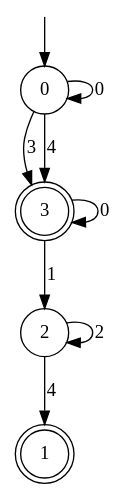
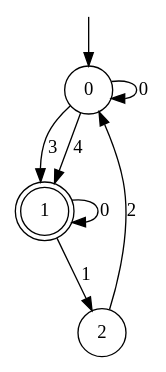
Before and after one commit to xinqin23/ShapeIt: the diagram in automaton_to_regex/automaton.dot, drawn with Graphviz. The commit also changed 2 other files, not shown here.

```diff
--- a/automaton_to_regex/automaton.dot
+++ b/automaton_to_regex/automaton.dot
@@ -1,18 +1,16 @@
 digraph g {
 
 	s0 [shape="circle" label="0"];
 	s1 [shape="doublecircle" label="1"];
 	s2 [shape="circle" label="2"];
-	s3 [shape="doublecircle" label="3"];
 	s0 -> s0 [label="0"];
-	s0 -> s3 [label="3"];
-	s0 -> s3 [label="4"];
-	s2 -> s2 [label="2"];
-	s2 -> s1 [label="4"];
-	s3 -> s3 [label="0"];
-	s3 -> s2 [label="1"];
+	s0 -> s1 [label="3"];
+	s0 -> s1 [label="4"];
+	s1 -> s1 [label="0"];
+	s1 -> s2 [label="1"];
+	s2 -> s0 [label="2"];
 
 __start0 [label="" shape="none" width="0" height="0"];
 __start0 -> s0;
 
 }
```
